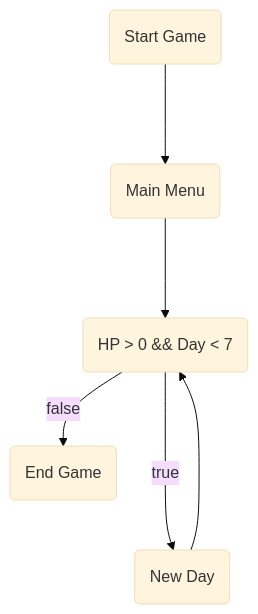
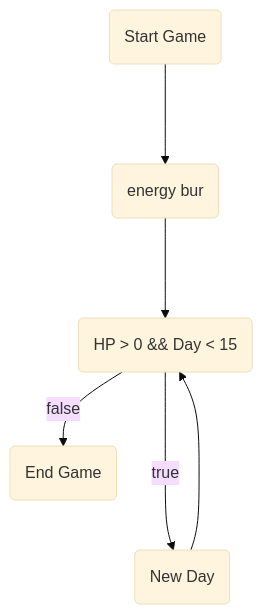
Before and after one commit to SSProgamer/C-Project: the diagram in need me.md, drawn with Mermaid (base theme).

Commit message:
Update need me.md

````diff
--- a/need me.md
+++ b/need me.md
@@ -35,5 +35,6 @@
 ```mermaid
 flowchart TD
-start(Start Game) ---> mainmenu(Main Menu) ---> hp(HP > 0 && Day < 7) --true--> day(New Day) ---> hp
+start(Start Game) ---> stack(energy bur) --->hp
+hp(HP > 0 && Day < 15) --true--> day(New Day) ---> hp
 hp --false--> e(End Game)
 ```
````
